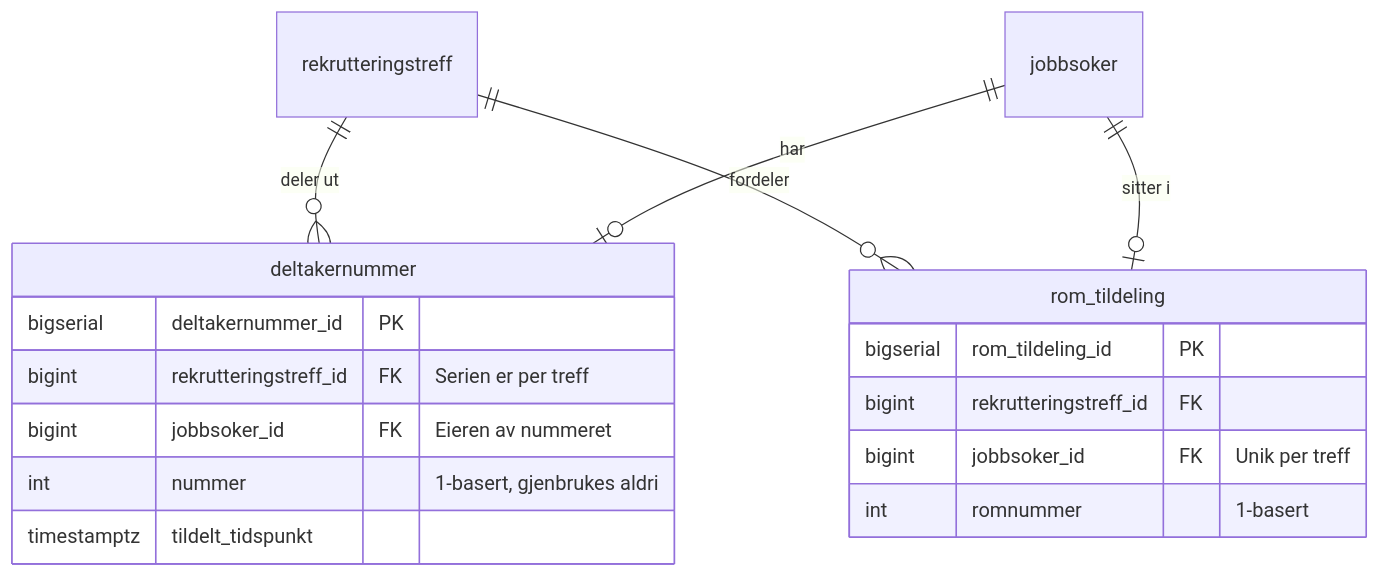
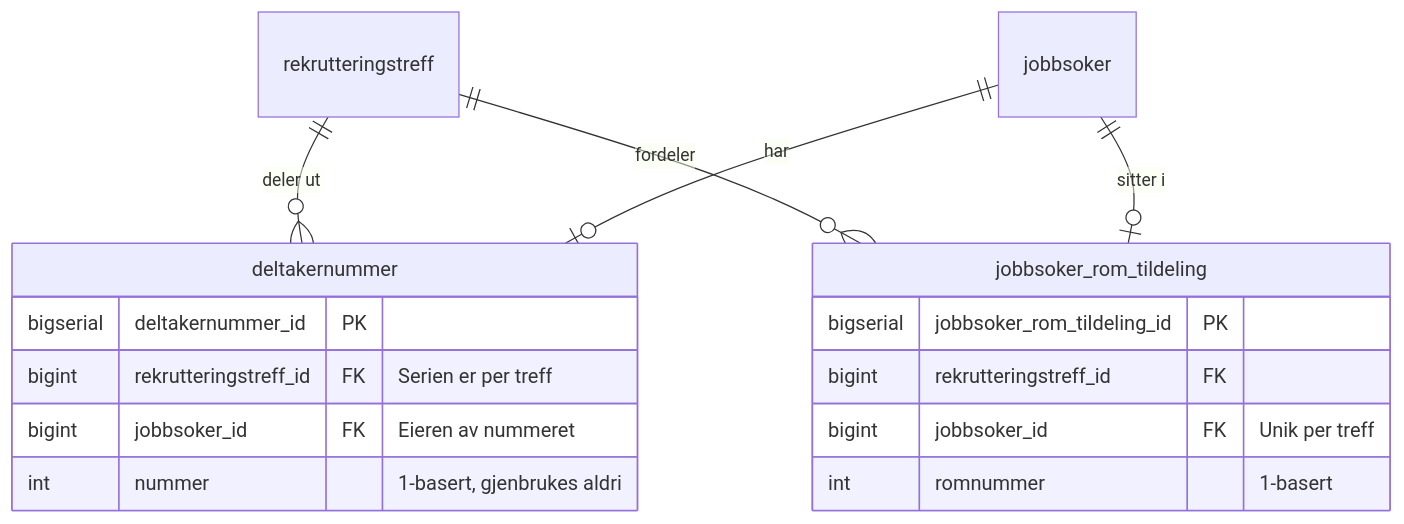
Before and after one commit to navikt/rekrutteringstreff-backend: the second of 4 diagrams in docs/9-planer/workop/motedag-oppmote-rom-og-fordeling.md, drawn with Mermaid. The commit also changed other lines of this file, not shown here.

````diff
--- a/docs/9-planer/workop/motedag-oppmote-rom-og-fordeling.md
+++ b/docs/9-planer/workop/motedag-oppmote-rom-og-fordeling.md
@@ -947,20 +1109,19 @@
 ```mermaid
 erDiagram
     rekrutteringstreff ||--o{ deltakernummer : "deler ut"
-    rekrutteringstreff ||--o{ rom_tildeling : "fordeler"
+    rekrutteringstreff ||--o{ jobbsoker_rom_tildeling : "fordeler"
     jobbsoker ||--o| deltakernummer : "har"
-    jobbsoker ||--o| rom_tildeling : "sitter i"
+    jobbsoker ||--o| jobbsoker_rom_tildeling : "sitter i"
     deltakernummer {
         bigserial deltakernummer_id PK
         bigint rekrutteringstreff_id FK "Serien er per treff"
         bigint jobbsoker_id FK "Eieren av nummeret"
         int nummer "1-basert, gjenbrukes aldri"
-        timestamptz tildelt_tidspunkt
     }
-    rom_tildeling {
-        bigserial rom_tildeling_id PK
+    jobbsoker_rom_tildeling {
+        bigserial jobbsoker_rom_tildeling_id PK
         bigint rekrutteringstreff_id FK
         bigint jobbsoker_id FK "Unik per treff"
         int romnummer "1-basert"
     }
 ```
````
